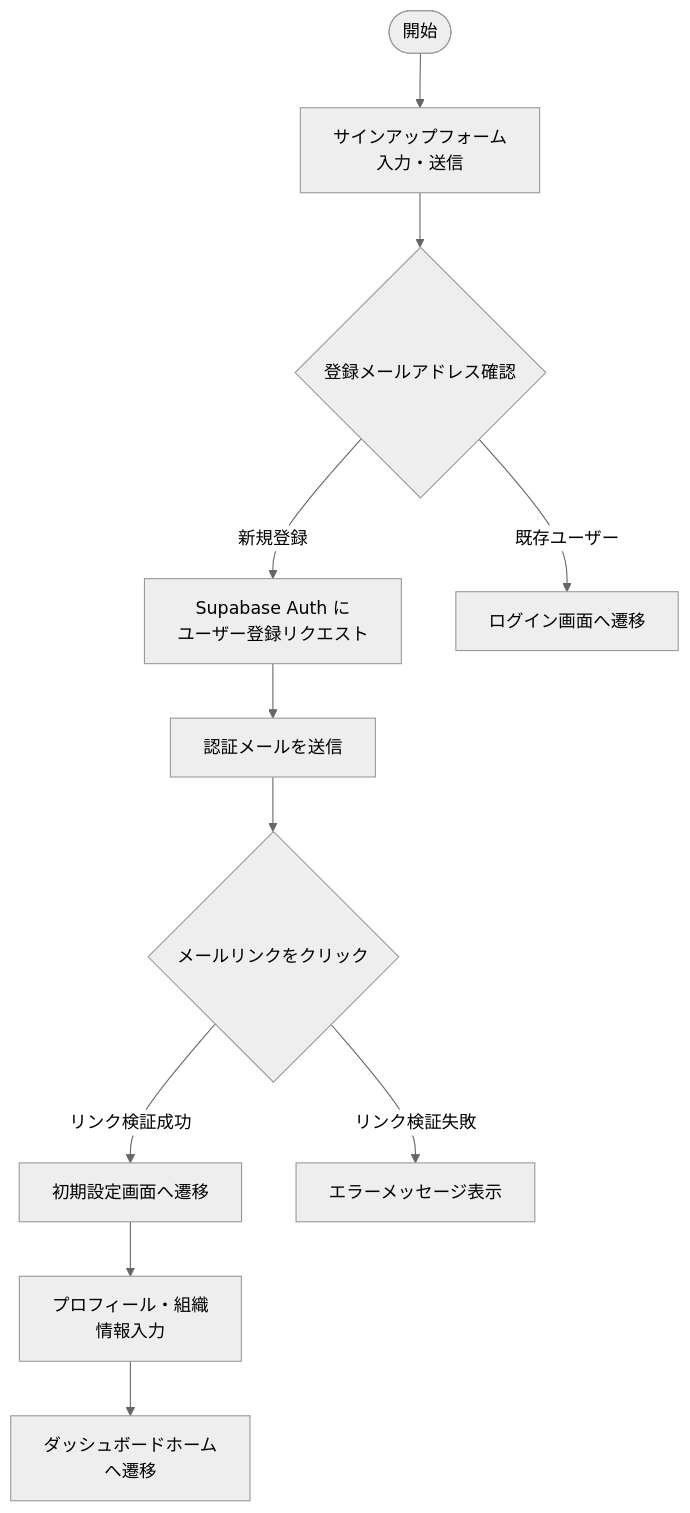
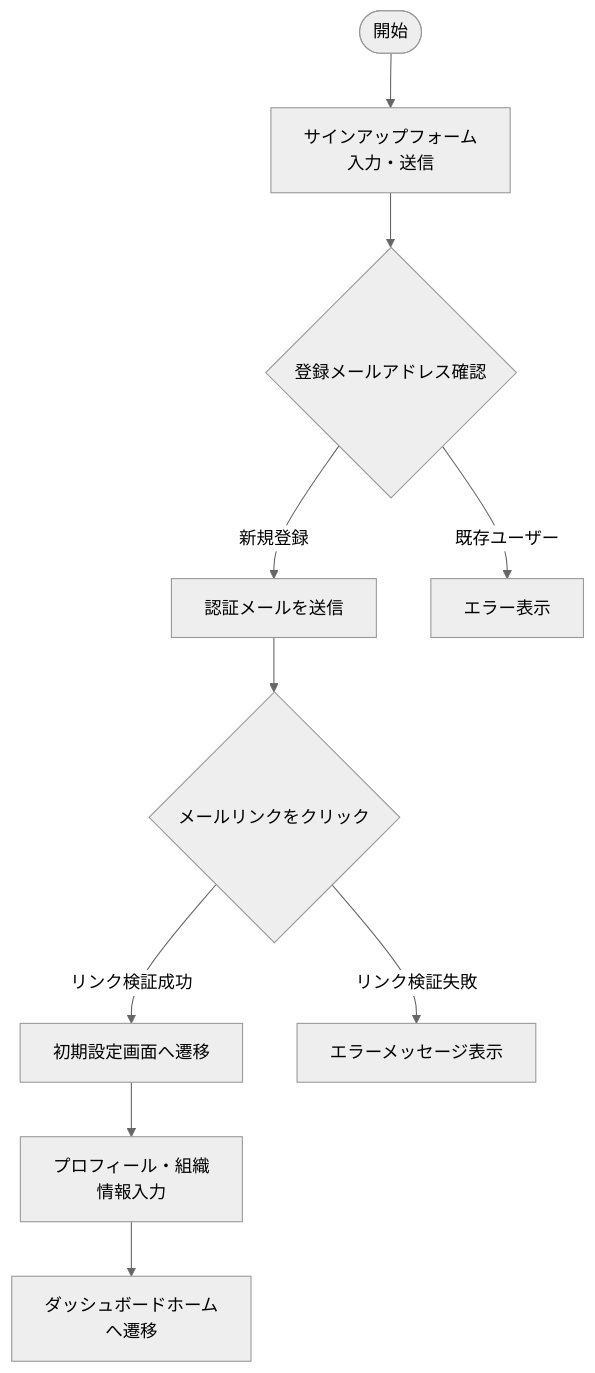
Before and after one commit to 0ta-mjn/private-farm: the first of 2 diagrams in docs/signup.md, drawn with Mermaid (neutral theme). The commit also changed 6 other files, not shown here.

````diff
--- a/docs/signup.md
+++ b/docs/signup.md
@@ -5,13 +5,12 @@
 ```mermaid
 flowchart TD
     Start([開始]) --> A[サインアップフォーム<br>入力・送信]
     A --> B{登録メールアドレス確認}
-    B -- 新規登録 --> C[Supabase Auth に<br>ユーザー登録リクエスト]
-    B -- 既存ユーザー --> D[ログイン画面へ遷移]
-    C --> E[認証メールを送信]
+    B -- 新規登録 --> E[認証メールを送信]
+    B -- 既存ユーザー --> D[エラー表示]
     E --> F{メールリンクをクリック}
     F -- リンク検証成功 --> G[初期設定画面へ遷移]
     F -- リンク検証失敗 --> H[エラーメッセージ表示]
     G --> I[プロフィール・組織<br>情報入力]
     I --> J[ダッシュボードホーム<br>へ遷移]
 ```
````
